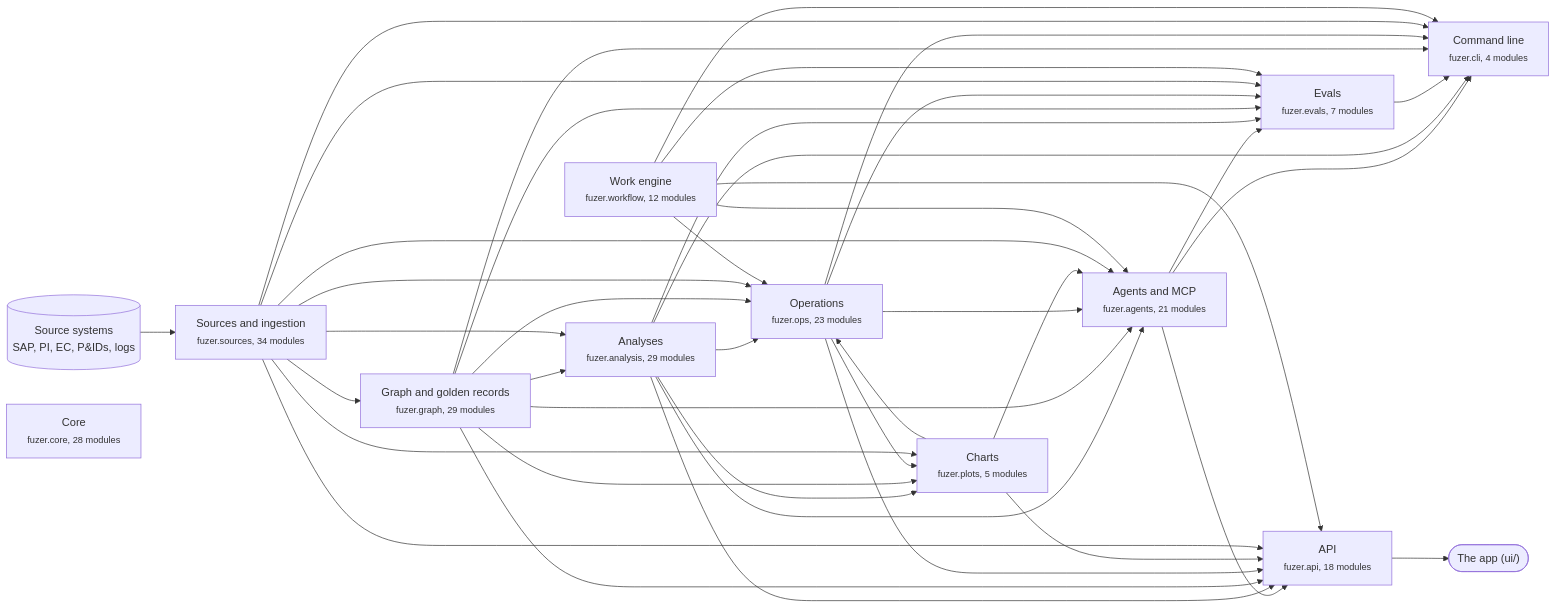
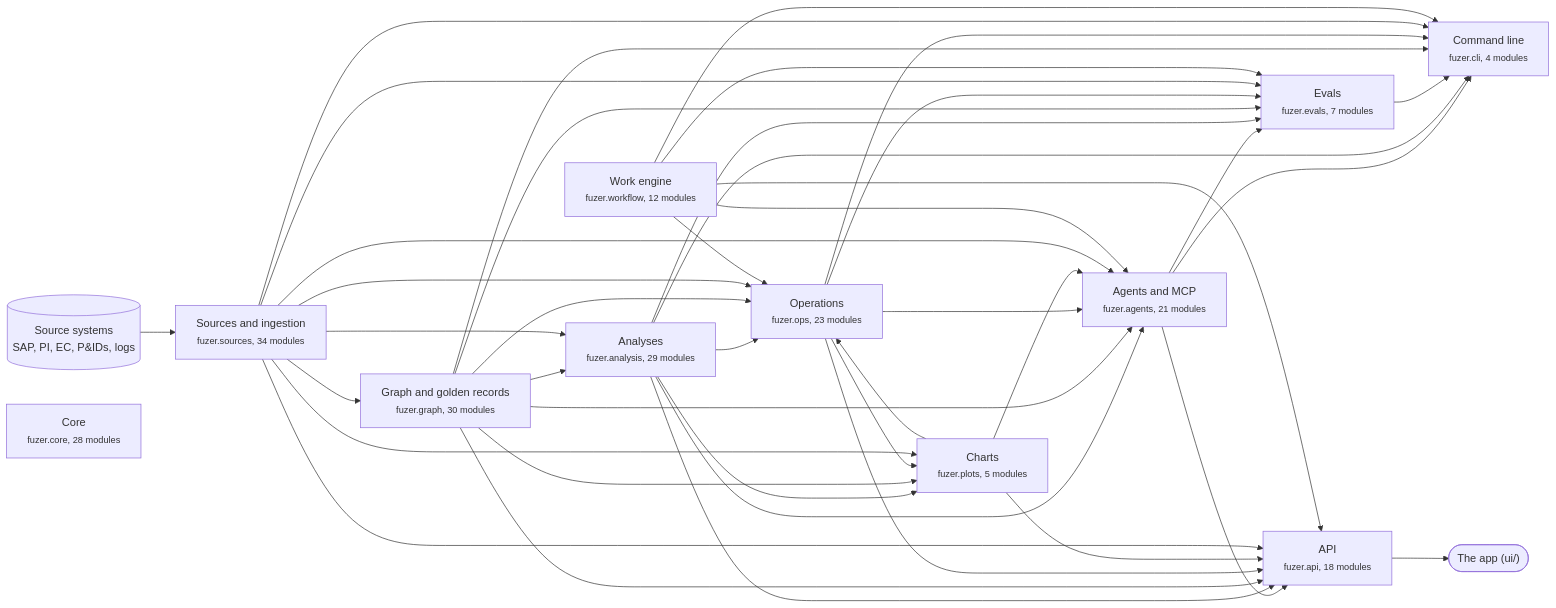
The first of 3 diagrams in docs/architecture.md (areed145/fuzer), drawn with Mermaid before and after one commit. The commit also changed other lines of this file and 11 other files, not shown here.

````diff
--- a/docs/architecture.md
+++ b/docs/architecture.md
@@ -8,66 +8,66 @@
 ```mermaid
 flowchart LR
   systems[("Source systems<br>SAP, PI, EC, P&IDs, logs")] --> c_sources
   app(["The app (ui/)"])
   c_api --> app
   c_sources["Sources and ingestion<br><small>fuzer.sources, 34 modules</small>"]
-  c_graph["Graph and golden records<br><small>fuzer.graph, 29 modules</small>"]
+  c_graph["Graph and golden records<br><small>fuzer.graph, 30 modules</small>"]
   c_analysis["Analyses<br><small>fuzer.analysis, 29 modules</small>"]
   c_ops["Operations<br><small>fuzer.ops, 23 modules</small>"]
   c_plots["Charts<br><small>fuzer.plots, 5 modules</small>"]
   c_workflow["Work engine<br><small>fuzer.workflow, 12 modules</small>"]
   c_agents["Agents and MCP<br><small>fuzer.agents, 21 modules</small>"]
   c_evals["Evals<br><small>fuzer.evals, 7 modules</small>"]
   c_api["API<br><small>fuzer.api, 18 modules</small>"]
   c_cli["Command line<br><small>fuzer.cli, 4 modules</small>"]
   c_core["Core<br><small>fuzer.core, 28 modules</small>"]
   c_sources --> c_graph
   c_graph --> c_analysis
   c_sources --> c_analysis
   c_analysis --> c_ops
   c_graph --> c_ops
   c_plots --> c_ops
   c_sources --> c_ops
   c_workflow --> c_ops
   c_analysis --> c_plots
   c_graph --> c_plots
   c_ops --> c_plots
   c_sources --> c_plots
   c_analysis --> c_agents
   c_graph --> c_agents
   c_ops --> c_agents
   c_plots --> c_agents
   c_sources --> c_agents
   c_workflow --> c_agents
   c_agents --> c_evals
   c_analysis --> c_evals
   c_graph --> c_evals
   c_ops --> c_evals
   c_sources --> c_evals
   c_workflow --> c_evals
   c_agents --> c_api
   c_analysis --> c_api
   c_graph --> c_api
   c_ops --> c_api
   c_plots --> c_api
   c_sources --> c_api
   c_workflow --> c_api
   c_agents --> c_cli
   c_analysis --> c_cli
   c_evals --> c_cli
   c_graph --> c_cli
   c_ops --> c_cli
   c_sources --> c_cli
   c_workflow --> c_cli
   click c_sources "https://github.com/areed145/fuzer/tree/main/src/fuzer/sources"
   click c_graph "https://github.com/areed145/fuzer/tree/main/src/fuzer/graph"
   click c_analysis "https://github.com/areed145/fuzer/tree/main/src/fuzer/analysis"
   click c_ops "https://github.com/areed145/fuzer/tree/main/src/fuzer/ops"
   click c_plots "https://github.com/areed145/fuzer/tree/main/src/fuzer/plots"
   click c_workflow "https://github.com/areed145/fuzer/tree/main/src/fuzer/workflow"
   click c_agents "https://github.com/areed145/fuzer/tree/main/src/fuzer/agents"
   click c_evals "https://github.com/areed145/fuzer/tree/main/src/fuzer/evals"
   click c_api "https://github.com/areed145/fuzer/tree/main/src/fuzer/api"
   click c_cli "https://github.com/areed145/fuzer/tree/main/src/fuzer/cli"
   click c_core "https://github.com/areed145/fuzer/tree/main/src/fuzer/core"
 ```
````
